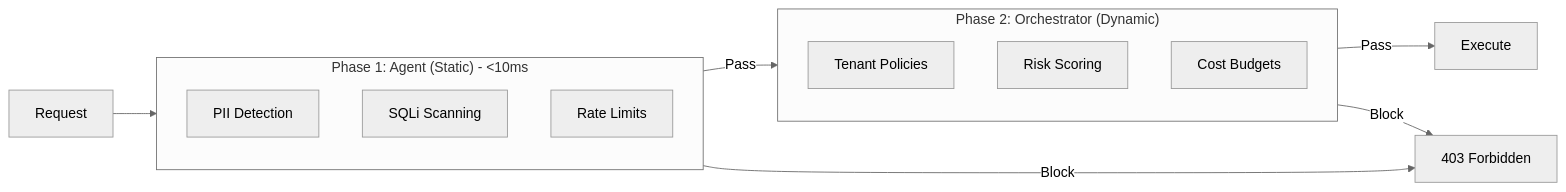
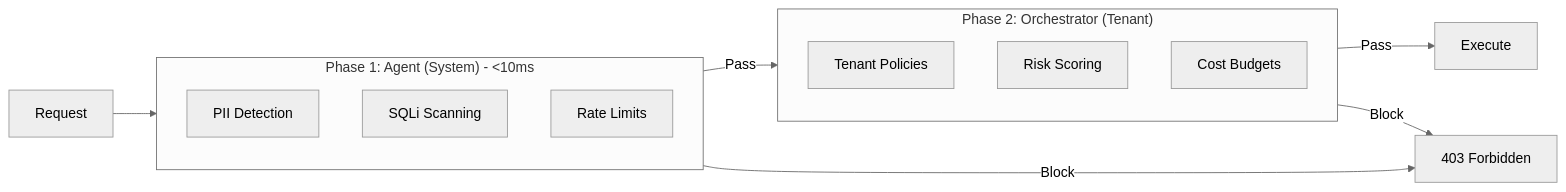
One commit to getaxonflow/axonflow changed the second of 2 diagrams in docs/ARCHITECTURE.md. Above: the diagram before and after it, drawn with Mermaid (neutral theme). The commit also changed other lines of this file and 14 other files, not shown here.

First line of the commit message:
feat: Grafana dashboard, architecture docs, and maintenance updates (#221) (#222)

````diff
--- a/docs/ARCHITECTURE.md
+++ b/docs/ARCHITECTURE.md
@@ -193,20 +193,20 @@
 ```mermaid
 flowchart LR
-    subgraph Phase1["Phase 1: Agent (Static) - <10ms"]
+    subgraph Phase1["Phase 1: Agent (System) - <10ms"]
         PII[PII Detection]
         SQLi[SQLi Scanning]
         Rate[Rate Limits]
     end
 
-    subgraph Phase2["Phase 2: Orchestrator (Dynamic)"]
+    subgraph Phase2["Phase 2: Orchestrator (Tenant)"]
         Tenant[Tenant Policies]
         Risk[Risk Scoring]
         Cost[Cost Budgets]
     end
 
     Request --> Phase1
     Phase1 -->|Pass| Phase2
     Phase1 -->|Block| Deny[403 Forbidden]
     Phase2 -->|Pass| Execute[Execute]
     Phase2 -->|Block| Deny
 ```
````
